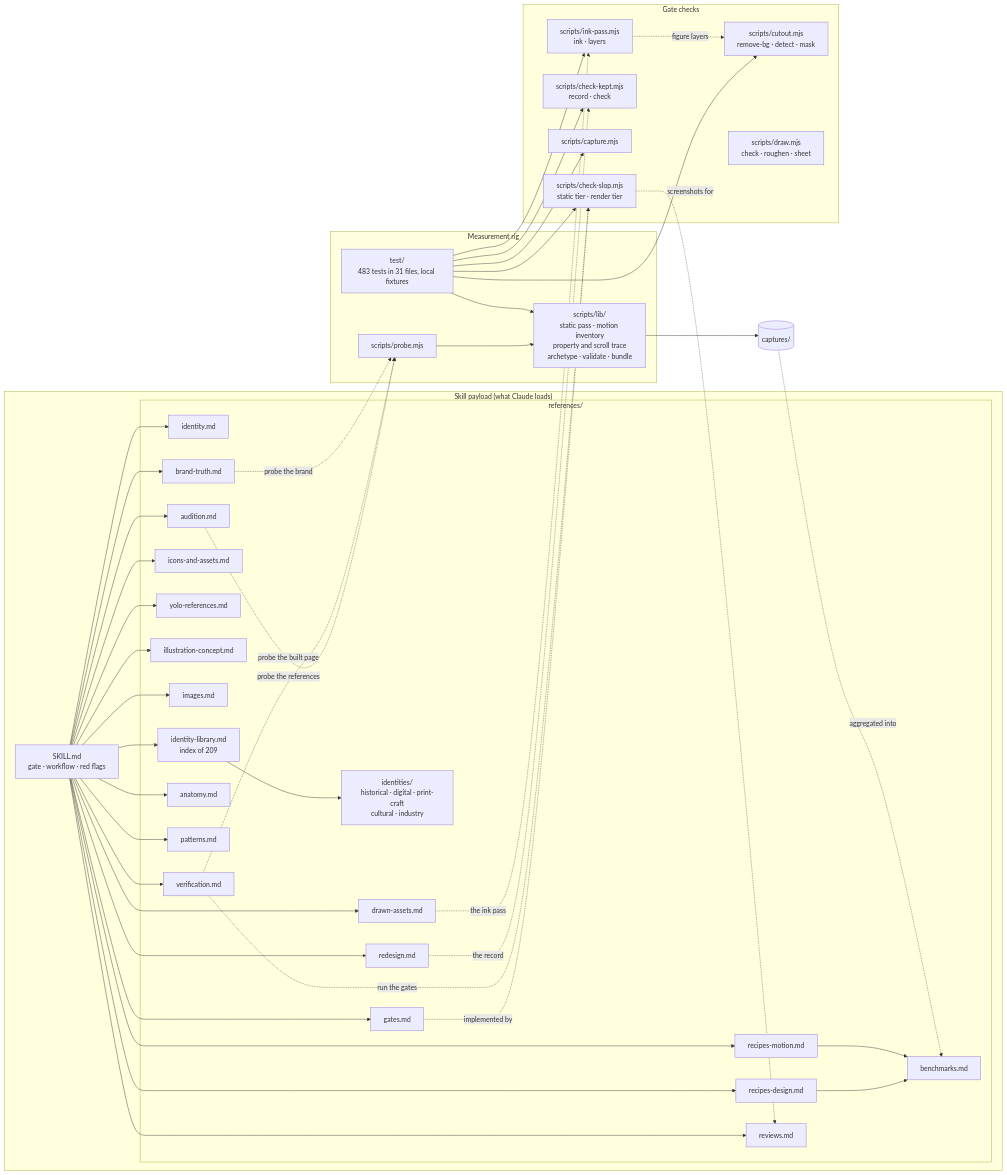
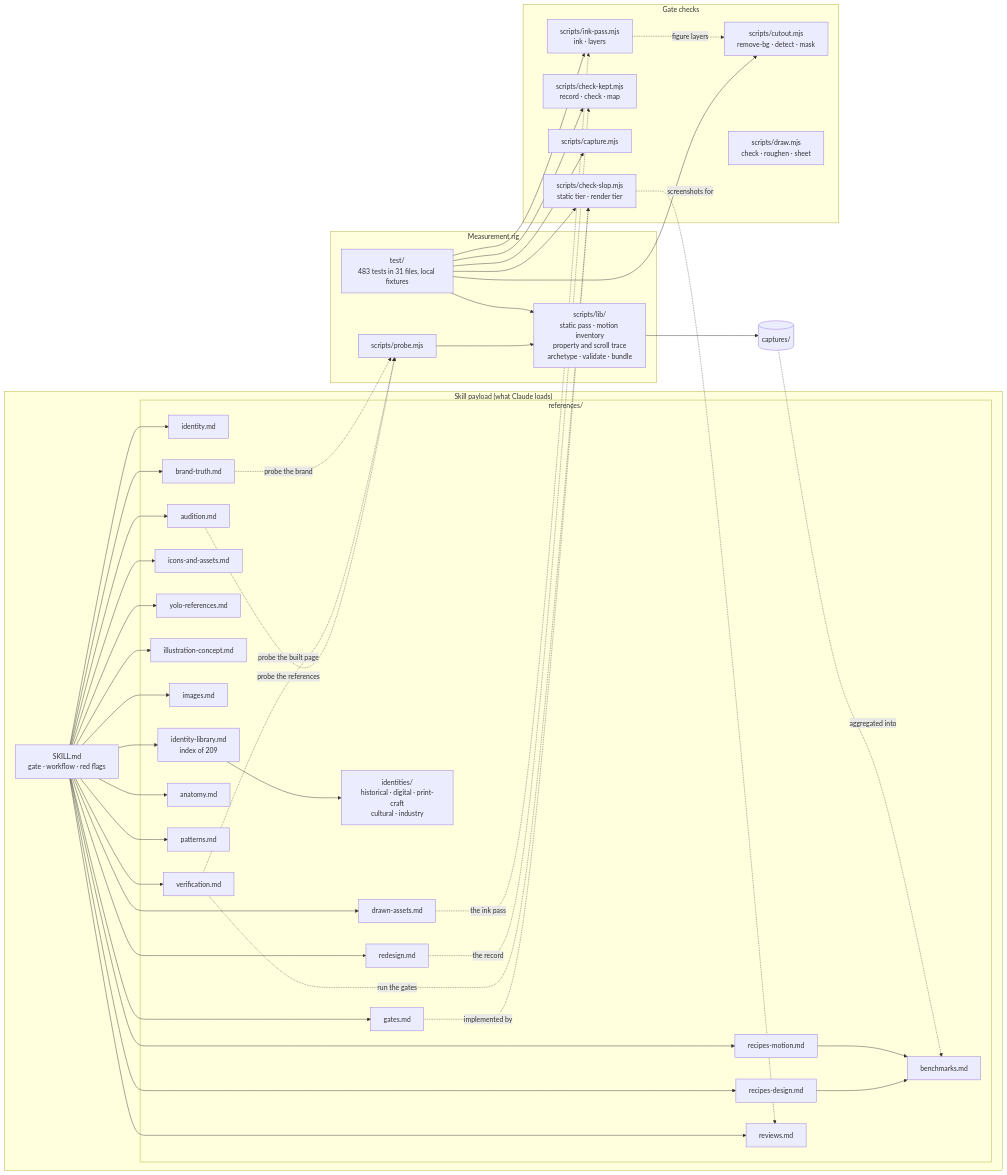
Before and after one commit to jounimn/df-design: the second of 2 diagrams in README.md, drawn with Mermaid. The commit also changed other lines of this file and 12 other files, not shown here.

````diff
--- a/README.md
+++ b/README.md
@@ -183,56 +185,56 @@
 ```mermaid
 flowchart LR
     subgraph Skill["Skill payload (what Claude loads)"]
         SK["SKILL.md<br/>gate · workflow · red flags"]
         subgraph Refs["references/"]
             ID["identity.md"]
             AUD["audition.md"]
             LIB["identity-library.md<br/>index of 209"]
             FAM["identities/<br/>historical · digital · print-craft<br/>cultural · industry"]
             RD["recipes-design.md"]
             RM["recipes-motion.md"]
             IC["icons-and-assets.md"]
             DRA["drawn-assets.md"]
             YRF["yolo-references.md"]
             ILC["illustration-concept.md"]
             IMG["images.md"]
             VER["verification.md"]
             BEN["benchmarks.md"]
             ANA["anatomy.md"]
             GAT["gates.md"]
             PAT["patterns.md"]
             REV["reviews.md"]
             RED["redesign.md"]
             BRT["brand-truth.md"]
         end
     end
     subgraph Rig["Measurement rig"]
         PRB["scripts/probe.mjs"]
         LIBS["scripts/lib/<br/>static pass · motion inventory<br/>property and scroll trace<br/>archetype · validate · bundle"]
         TST["test/<br/>483 tests in 31 files, local fixtures"]
     end
     subgraph Gates["Gate checks"]
         CSL["scripts/check-slop.mjs<br/>static tier · render tier"]
-        CKP["scripts/check-kept.mjs<br/>record · check"]
+        CKP["scripts/check-kept.mjs<br/>record · check · map"]
         CPT["scripts/capture.mjs"]
         CUT["scripts/cutout.mjs<br/>remove-bg · detect · mask"]
         DRW["scripts/draw.mjs<br/>check · roughen · sheet"]
         INK["scripts/ink-pass.mjs<br/>ink · layers"]
     end
     SK --> ID & AUD & LIB & RD & RM & IC & DRA & IMG & VER & ANA & GAT & PAT & REV & RED & BRT & YRF & ILC
     LIB --> FAM
     RD & RM --> BEN
     PRB --> LIBS
     LIBS --> CAP[("captures/")]
     CAP -. "aggregated into" .-> BEN
     AUD -. "probe the references" .-> PRB
     VER -. "probe the built page" .-> PRB
     GAT -. "implemented by" .-> CSL
     VER -. "run the gates" .-> CSL
     RED -. "the record" .-> CKP
     BRT -. "probe the brand" .-> PRB
     CSL -. "screenshots for" .-> REV
     TST --> LIBS & CSL & CKP & CPT & CUT & INK
     DRA -. "the ink pass" .-> INK
     INK -. "figure layers" .-> CUT
 ```
````
